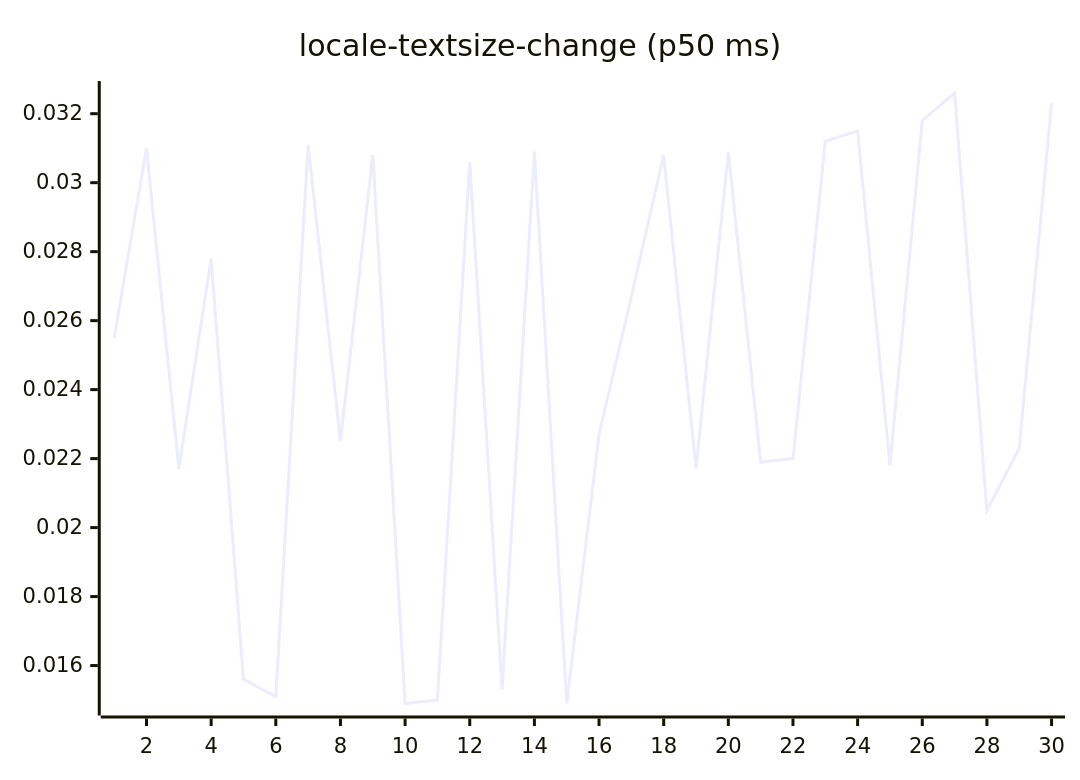
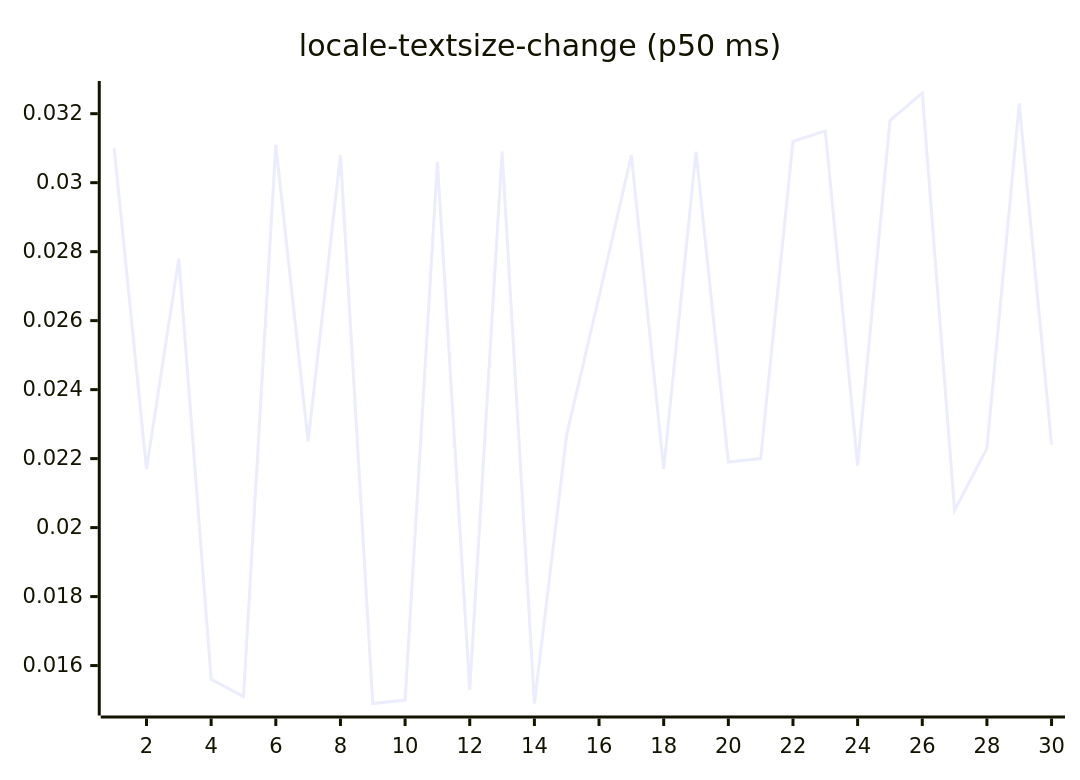
Before and after one commit to josha/Facet: diagram 13 of 27 in README.md, drawn with Mermaid. The commit also changed other lines of this file and 2 other files, not shown here.

````diff
--- a/README.md
+++ b/README.md
@@ -147,6 +147,6 @@
 ```mermaid
 xychart-beta
     title "locale-textsize-change (p50 ms)"
     x-axis 1 --> 30
-    line [0.0255, 0.0310, 0.0217, 0.0278, 0.0156, 0.0151, 0.0311, 0.0225, 0.0308, 0.0149, 0.0150, 0.0306, 0.0153, 0.0309, 0.0149, 0.0227, 0.0267, 0.0308, 0.0217, 0.0309, 0.0219, 0.0220, 0.0312, 0.0315, 0.0218, 0.0318, 0.0326, 0.0205, 0.0223, 0.0323]
+    line [0.0310, 0.0217, 0.0278, 0.0156, 0.0151, 0.0311, 0.0225, 0.0308, 0.0149, 0.0150, 0.0306, 0.0153, 0.0309, 0.0149, 0.0227, 0.0267, 0.0308, 0.0217, 0.0309, 0.0219, 0.0220, 0.0312, 0.0315, 0.0218, 0.0318, 0.0326, 0.0205, 0.0223, 0.0323, 0.0224]
 ```
````
